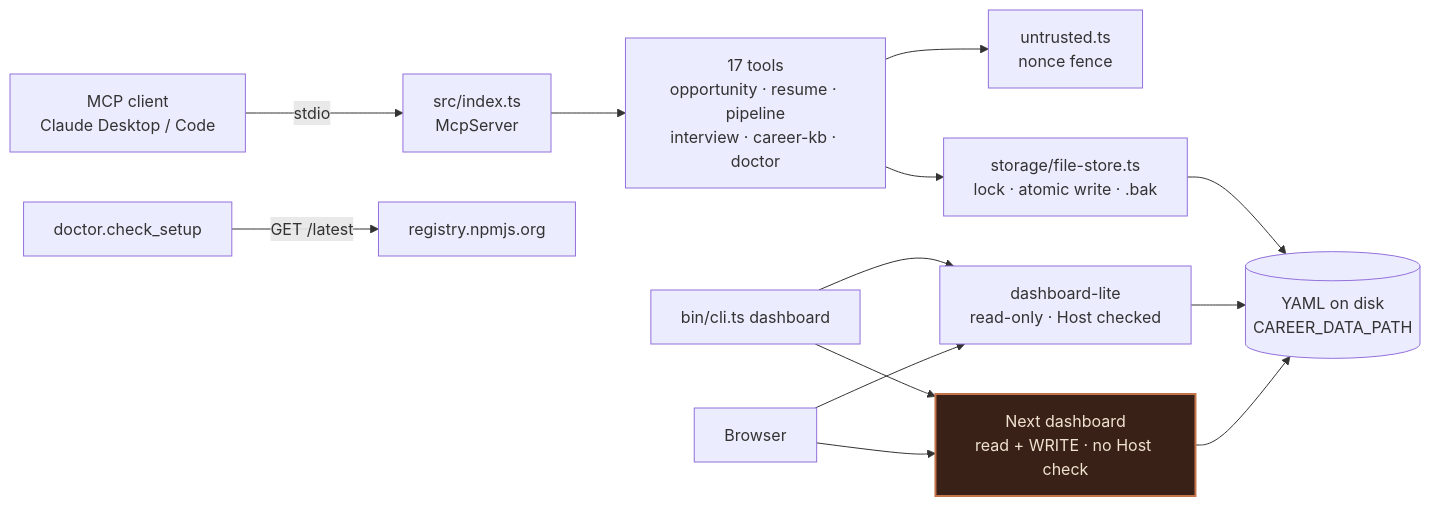
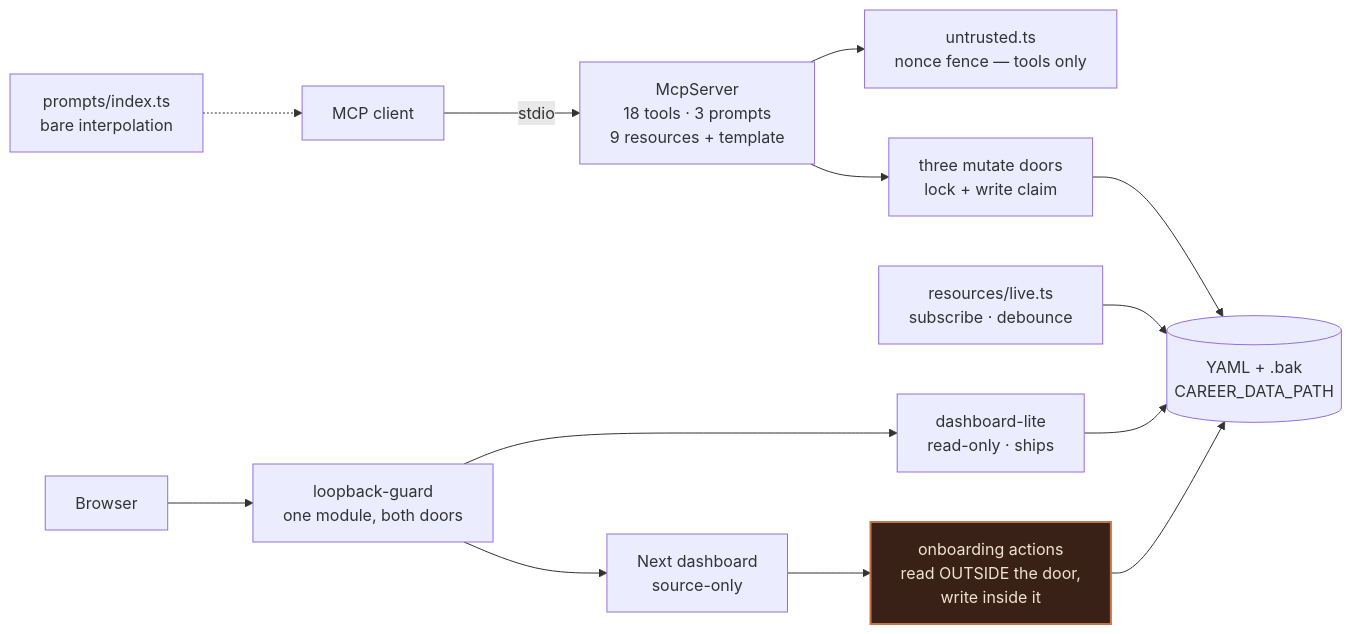
One commit to benskamps/career-compass-mcp changed the diagram in docs/report/figures/cc-fig-01.mmd. Above: the diagram before and after it, drawn with Mermaid. The commit also changed 16 other files, not shown here.

First line of the commit message:
docs: architectural gauntlet v2 — the inheritance-failure audit

```diff
--- a/docs/report/figures/cc-fig-01.mmd
+++ b/docs/report/figures/cc-fig-01.mmd
@@ -1,15 +1,15 @@
 flowchart LR
-    C[MCP client<br/>Claude Desktop / Code] -->|stdio| S[src/index.ts<br/>McpServer]
-    S --> T[17 tools<br/>opportunity · resume · pipeline<br/>interview · career-kb · doctor]
-    T --> U[untrusted.ts<br/>nonce fence]
-    T --> FS[storage/file-store.ts<br/>lock · atomic write · .bak]
-    FS --> Y[(YAML on disk<br/>CAREER_DATA_PATH)]
-    D[doctor.check_setup] -->|GET /latest| NPM[registry.npmjs.org]
-    CLI[bin/cli.ts dashboard] --> L[dashboard-lite<br/>read-only · Host checked]
-    CLI --> N[Next dashboard<br/>read + WRITE · no Host check]
+    C[MCP client] -->|stdio| S[McpServer<br/>18 tools · 3 prompts<br/>9 resources + template]
+    S --> U[untrusted.ts<br/>nonce fence — tools only]
+    P[prompts/index.ts<br/>bare interpolation] -.-> C
+    S --> DOORS[three mutate doors<br/>lock + write claim]
+    DOORS --> Y[(YAML + .bak<br/>CAREER_DATA_PATH)]
+    LIVE[resources/live.ts<br/>subscribe · debounce] --> Y
+    B[Browser] --> G[loopback-guard<br/>one module, both doors]
+    G --> L[dashboard-lite<br/>read-only · ships]
+    G --> N[Next dashboard<br/>source-only]
     L --> Y
-    N --> Y
-    B[Browser] --> L
-    B --> N
+    N --> A[onboarding actions<br/>read OUTSIDE the door,<br/>write inside it]
+    A --> Y
     classDef gap fill:#3a2118,stroke:#c4744a,stroke-width:2px,color:#f0e2d0;
-    class N gap;
+    class A gap;
```
